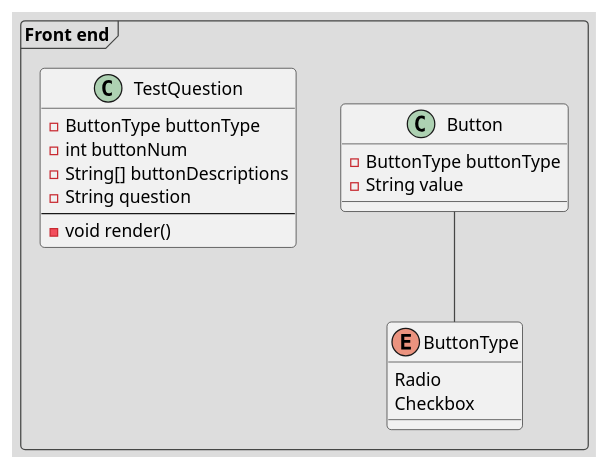
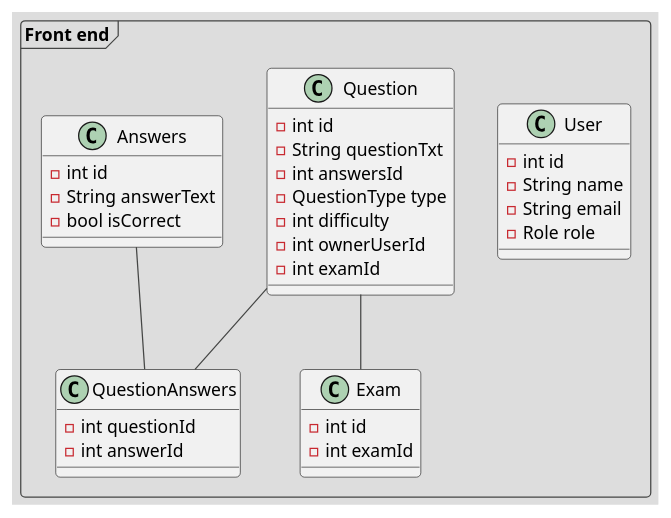
One commit to IGabrielIli/OnlineAssessment-Gr3 changed the diagram in uml_plan.puml. Above: the diagram before and after it, drawn with PlantUML.

Commit message:
added basic uml diagram

```diff
--- a/uml_plan.puml
+++ b/uml_plan.puml
@@ -1,23 +1,36 @@
 @startuml ADOPSE_uml
 !theme toy
 frame "Front end" {
-  enum ButtonType {
-    Radio
-    Checkbox
+  class User {
+    -int id
+    -String name
+    -String email
+    -Role role
   }
-  class Button {
-    -ButtonType buttonType
-    -String value
-
+  class Question {
+    -int id
+    -String questionTxt
+    -int answersId
+    -QuestionType type
+    -int difficulty
+    -int ownerUserId
+    -int examId
   }
-  class TestQuestion {
-    -ButtonType buttonType
-    -int buttonNum
-    -String[] buttonDescriptions
-    -String question
-    ---
-    -void render()
+  class Exam {
+    -int id
+    -int examId
   }
-  ButtonType -up- Button
+  class Answers {
+    -int id
+    -String answerText
+    -bool isCorrect
+  }
+  class QuestionAnswers {
+    -int questionId
+    -int answerId
+  }
+  Answers -- QuestionAnswers
+  Question -- QuestionAnswers
+  Question -- Exam
 }
 @enduml
```
